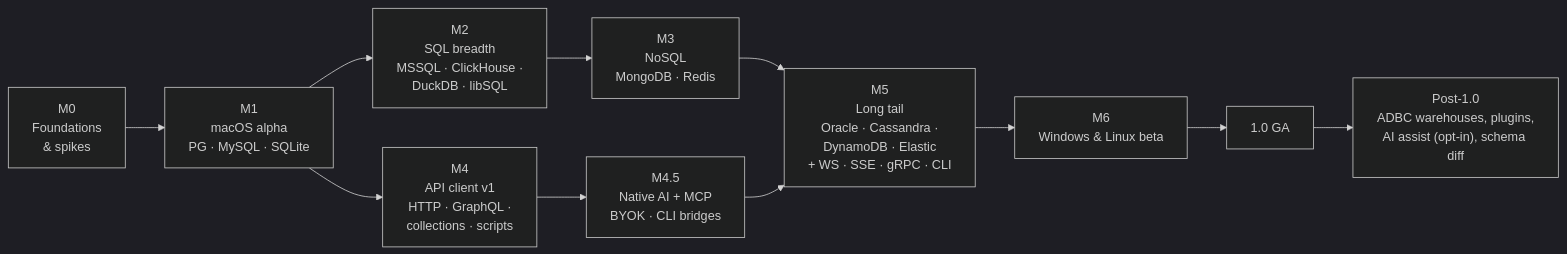
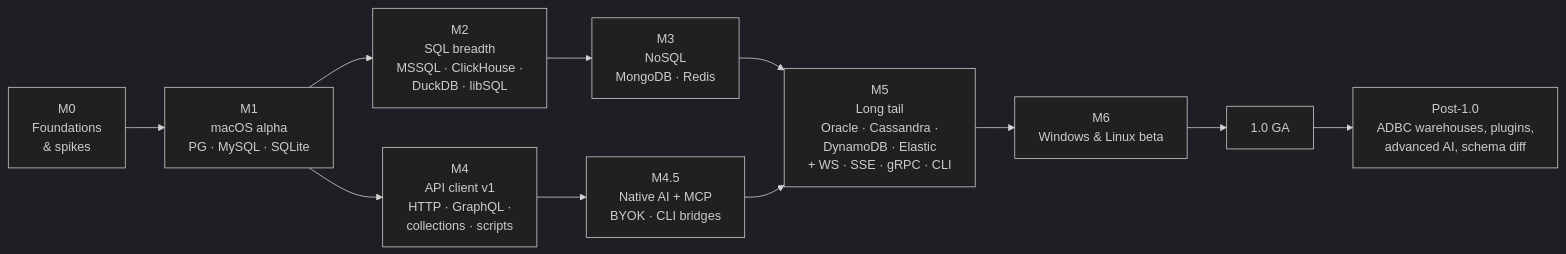
Before and after one commit to theetaz/open-rows: the diagram in docs/19-roadmap.md, drawn with Mermaid (dark theme). The commit also changed other lines of this file and 3 other files, not shown here.

````diff
--- a/docs/19-roadmap.md
+++ b/docs/19-roadmap.md
@@ -5,13 +5,13 @@
 ```mermaid
 flowchart LR
     M0["M0<br/>Foundations<br/>& spikes"] --> M1["M1<br/>macOS alpha<br/>PG · MySQL · SQLite"]
     M1 --> M2["M2<br/>SQL breadth<br/>MSSQL · ClickHouse ·<br/>DuckDB · libSQL"]
     M2 --> M3["M3<br/>NoSQL<br/>MongoDB · Redis"]
     M1 --> M4["M4<br/>API client v1<br/>HTTP · GraphQL ·<br/>collections · scripts"]
     M3 --> M5["M5<br/>Long tail<br/>Oracle · Cassandra ·<br/>DynamoDB · Elastic<br/>+ WS · SSE · gRPC · CLI"]
     M4 --> AI["M4.5<br/>Native AI + MCP<br/>BYOK · CLI bridges"]
     AI --> M5
     M5 --> M6["M6<br/>Windows & Linux beta"]
     M6 --> GA["1.0 GA"]
-    GA --> P["Post-1.0<br/>ADBC warehouses, plugins,<br/>AI assist (opt-in), schema diff"]
+    GA --> P["Post-1.0<br/>ADBC warehouses, plugins,<br/>advanced AI, schema diff"]
 ```
````
